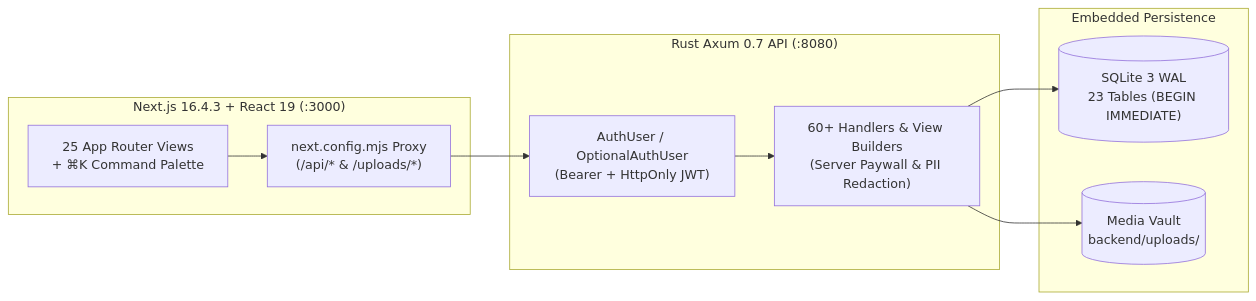
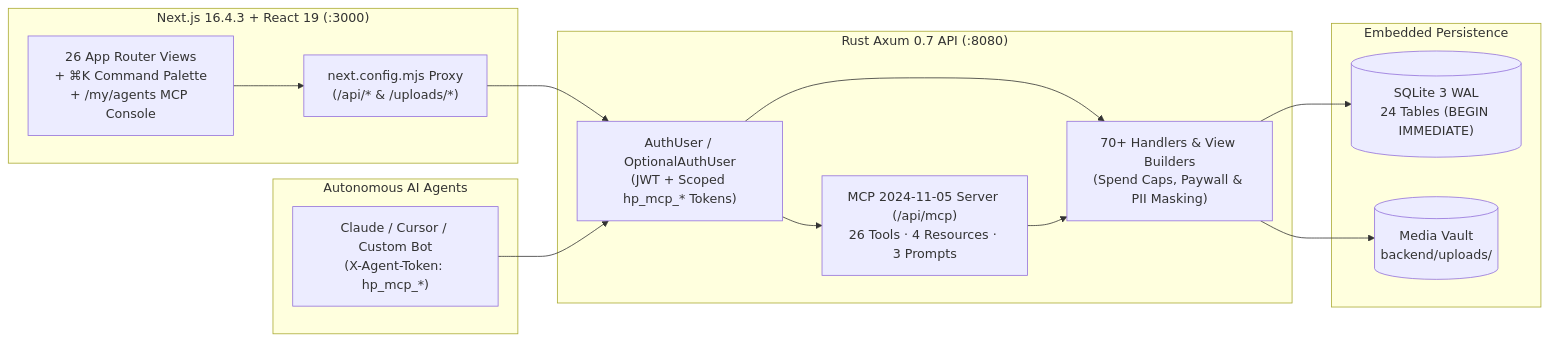
The diagram in README.md (CardSorting/HEAV3NS-PUBLISHING), drawn with Mermaid before and after one commit. The commit also changed other lines of this file and 15 other files, not shown here.

Commit message:
feat(mcp): add full Model Context Protocol server, autonomous agent hub, scoped tokens, spend caps, and audit logs

````diff
--- a/README.md
+++ b/README.md
@@ -71,21 +71,27 @@
 ```mermaid
 flowchart LR
     subgraph Client["Next.js 16.4.3 + React 19 (:3000)"]
-        UI["25 App Router Views\n+ ⌘K Command Palette"]
+        UI["26 App Router Views\n+ ⌘K Command Palette\n+ /my/agents MCP Console"]
         Proxy["next.config.mjs Proxy\n(/api/* & /uploads/*)"]
     end
 
+    subgraph Agents["Autonomous AI Agents"]
+        MCPClient["Claude / Cursor / Custom Bot\n(X-Agent-Token: hp_mcp_*)"]
+    end
+
     subgraph Backend["Rust Axum 0.7 API (:8080)"]
-        Auth["AuthUser / OptionalAuthUser\n(Bearer + HttpOnly JWT)"]
-        Engine["60+ Handlers & View Builders\n(Server Paywall & PII Redaction)"]
+        Auth["AuthUser / OptionalAuthUser\n(JWT + Scoped hp_mcp_* Tokens)"]
+        MCP["MCP 2024-11-05 Server (/api/mcp)\n26 Tools · 4 Resources · 3 Prompts"]
+        Engine["70+ Handlers & View Builders\n(Spend Caps, Paywall & PII Masking)"]
     end
 
     subgraph Storage["Embedded Persistence"]
-        DB[("SQLite 3 WAL\n23 Tables (BEGIN IMMEDIATE)")]
+        DB[("SQLite 3 WAL\n24 Tables (BEGIN IMMEDIATE)")]
         Vault[("Media Vault\nbackend/uploads/")]
     end
 
     UI --> Proxy --> Auth --> Engine
+    MCPClient --> Auth --> MCP --> Engine
     Engine --> DB
     Engine --> Vault
 ```
````
